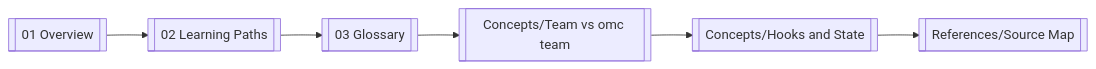
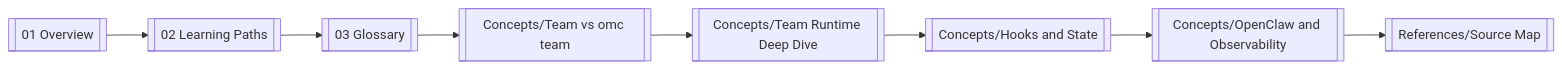
The diagram in obsidian/oh-my-claudecode Guide/oh-my-claudecode Guide - MOC.md (terry3838/oh-my-claudecode-guide), drawn with Mermaid before and after one commit. The commit also changed other lines of this file and 7 other files, not shown here.

Commit message:
docs: add source-backed omc deep dives

````diff
--- a/obsidian/oh-my-claudecode Guide/oh-my-claudecode Guide - MOC.md
+++ b/obsidian/oh-my-claudecode Guide/oh-my-claudecode Guide - MOC.md
@@ -34,8 +36,10 @@
 ```mermaid
 flowchart LR
     A[[01 Overview]] --> B[[02 Learning Paths]]
     B --> C[[03 Glossary]]
     C --> D[[Concepts/Team vs omc team]]
-    D --> E[[Concepts/Hooks and State]]
-    E --> F[[References/Source Map]]
+    D --> E[[Concepts/Team Runtime Deep Dive]]
+    E --> F[[Concepts/Hooks and State]]
+    F --> G[[Concepts/OpenClaw and Observability]]
+    G --> H[[References/Source Map]]
 ```
````
